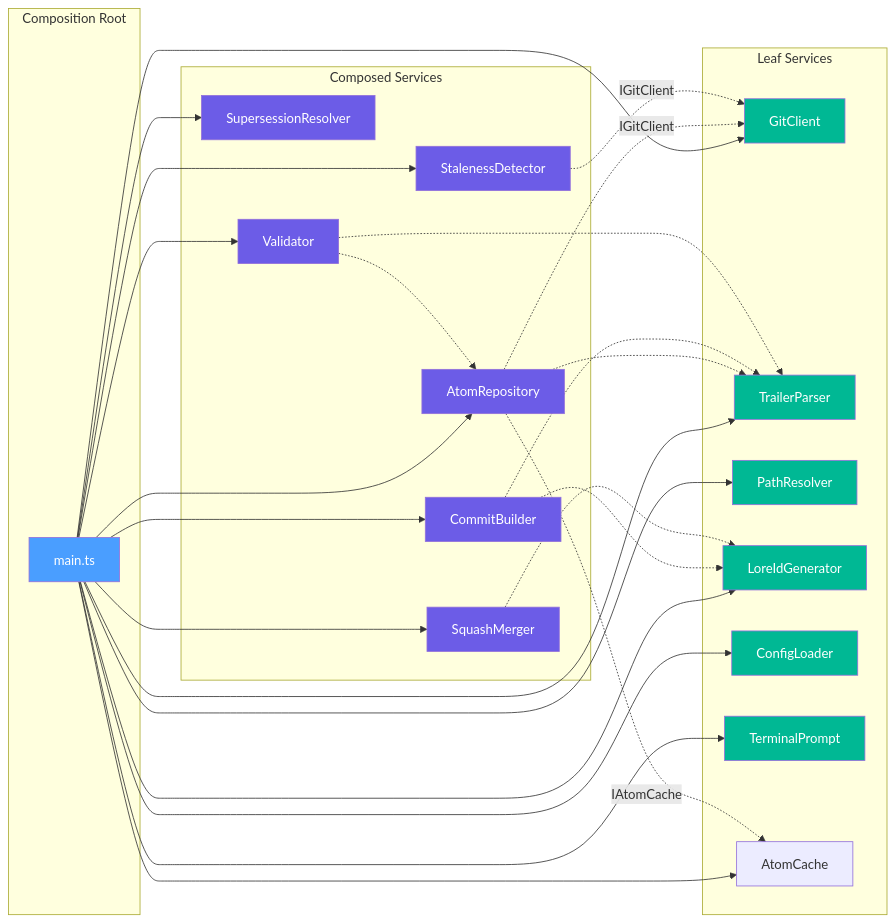
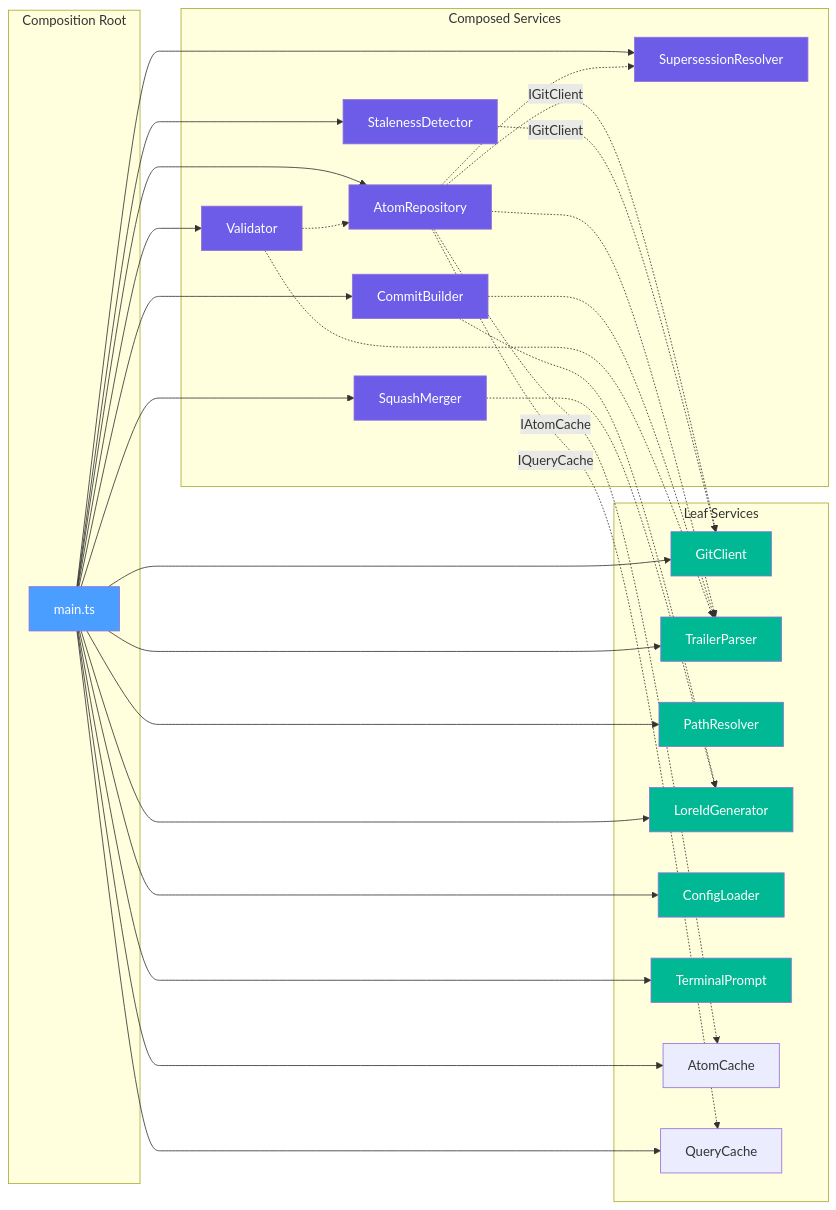
The second of 7 diagrams in documents/PROJECT_ARCHITECTURE.md (c-ferrier/lore-protocol), drawn with Mermaid before and after one commit. The commit also changed other lines of this file and 27 other files, not shown here.

````diff
--- a/documents/PROJECT_ARCHITECTURE.md
+++ b/documents/PROJECT_ARCHITECTURE.md
@@ -611,64 +614,68 @@
 ```mermaid
 graph LR
     subgraph Composition Root
         MAIN[main.ts]
     end
 
     subgraph Leaf Services
         GC[GitClient]
         TP[TrailerParser]
         PR[PathResolver]
         LIG[LoreIdGenerator]
         CL[ConfigLoader]
         TMP[TerminalPrompt]
         AC[AtomCache]
+        QC[QueryCache]
     end
 
     subgraph Composed Services
         AR[AtomRepository]
         SR[SupersessionResolver]
         SD[StalenessDetector]
         CB[CommitBuilder]
         SM[SquashMerger]
         VL[Validator]
     end
 
     MAIN --> GC
     MAIN --> TP
     MAIN --> PR
     MAIN --> LIG
     MAIN --> CL
     MAIN --> TMP
     MAIN --> AC
+    MAIN --> QC
 
     MAIN --> AR
     MAIN --> SR
     MAIN --> SD
     MAIN --> CB
     MAIN --> SM
     MAIN --> VL
 
     AR -.->|IGitClient| GC
     AR -.-> TP
+    AR -.-> SR
     AR -.->|IAtomCache| AC
+    AR -.->|IQueryCache| QC
     SD -.->|IGitClient| GC
     CB -.-> TP
     CB -.-> LIG
     SM -.-> LIG
     VL -.-> TP
     VL -.-> AR
 
     style MAIN fill:#4a9eff,color:#fff
     style GC fill:#00b894,color:#fff
     style TP fill:#00b894,color:#fff
     style PR fill:#00b894,color:#fff
     style LIG fill:#00b894,color:#fff
     style CL fill:#00b894,color:#fff
     style TMP fill:#00b894,color:#fff
     style AR fill:#6c5ce7,color:#fff
     style SR fill:#6c5ce7,color:#fff
     style SD fill:#6c5ce7,color:#fff
     style CB fill:#6c5ce7,color:#fff
     style SM fill:#6c5ce7,color:#fff
     style VL fill:#6c5ce7,color:#fff
 ```
````
